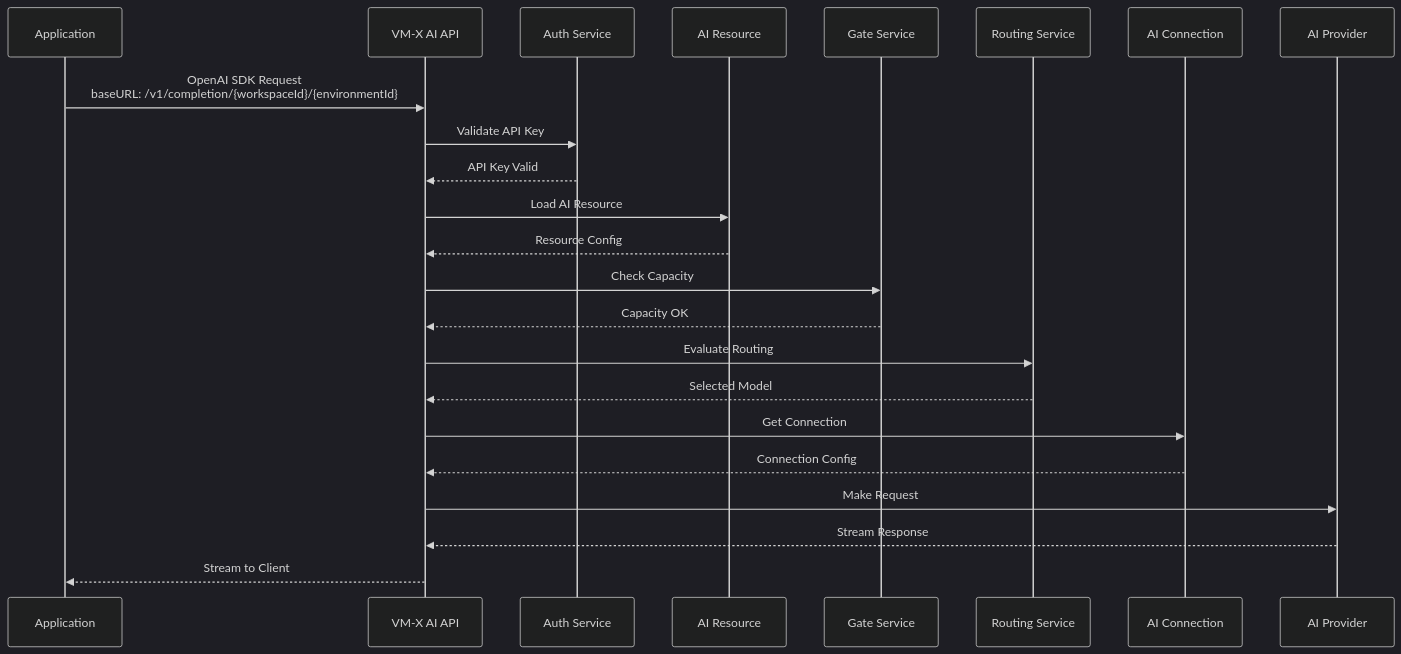
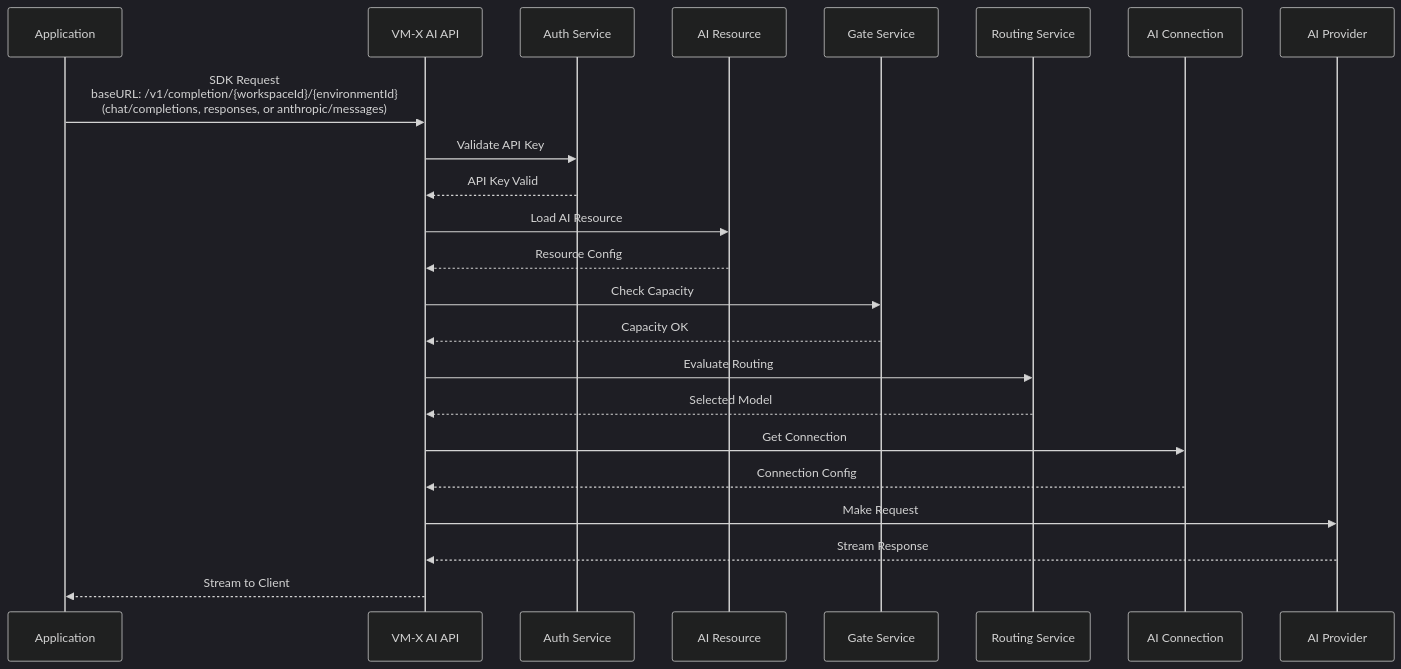
Before and after one commit to vm-x-ai/vm-x-ai: the second of 12 diagrams in docs/docs/architecture.md, drawn with Mermaid (dark theme). The commit also changed other lines of this file and 687 other files, not shown here.

````diff
--- a/docs/docs/architecture.md
+++ b/docs/docs/architecture.md
@@ -122,26 +118,26 @@
 ```mermaid
 sequenceDiagram
     participant App as Application
     participant VMX as VM-X AI API
     participant Auth as Auth Service
     participant Resource as AI Resource
     participant Gate as Gate Service
     participant Routing as Routing Service
     participant Connection as AI Connection
     participant Provider as AI Provider
 
-    App->>VMX: OpenAI SDK Request<br/>baseURL: /v1/completion/{workspaceId}/{environmentId}
+    App->>VMX: SDK Request<br/>baseURL: /v1/completion/{workspaceId}/{environmentId}<br/>(chat/completions, responses, or anthropic/messages)
     VMX->>Auth: Validate API Key
     Auth-->>VMX: API Key Valid
     VMX->>Resource: Load AI Resource
     Resource-->>VMX: Resource Config
     VMX->>Gate: Check Capacity
     Gate-->>VMX: Capacity OK
     VMX->>Routing: Evaluate Routing
     Routing-->>VMX: Selected Model
     VMX->>Connection: Get Connection
     Connection-->>VMX: Connection Config
     VMX->>Provider: Make Request
     Provider-->>VMX: Stream Response
     VMX-->>App: Stream to Client
 ```
````
